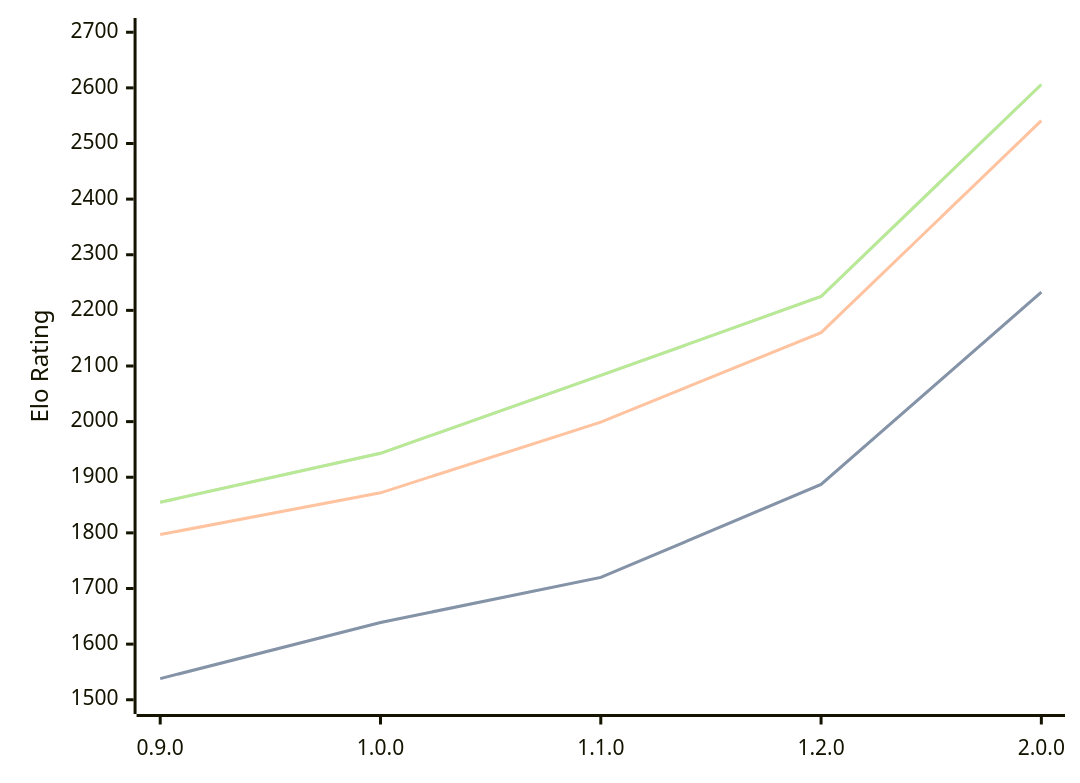
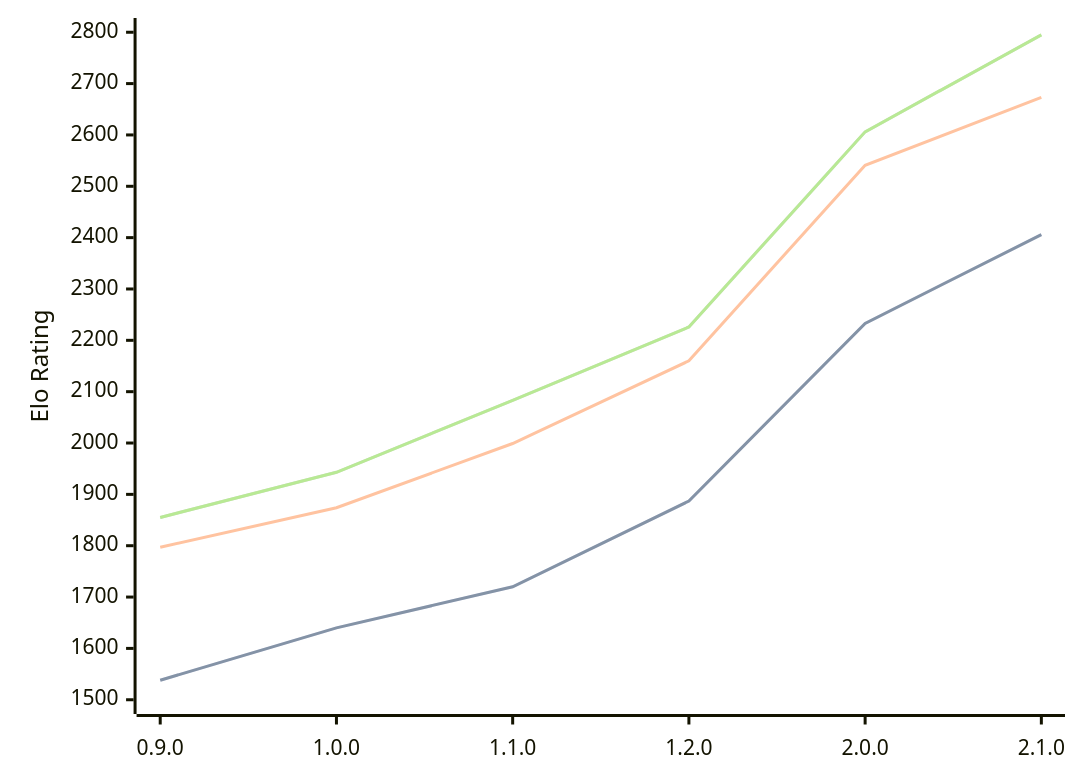
One commit to computer-chess-index/cci changed the third of 3 diagrams in engines/Ratsu.md. Above: the diagram before and after it, drawn with Mermaid. The commit also changed other lines of this file, not shown here.

Commit message:
Update CCI Ratings (ELO VLTC) - 2026-07-02

````diff
--- a/engines/Ratsu.md
+++ b/engines/Ratsu.md
@@ -69,11 +69,11 @@
 ```mermaid
 %%{init: {"theme":"base","themeVariables":{"seriesColors:['#a3a3a3','#222221','#faa371']}}}%%
 xychart-beta
-  x-axis ["0.9.0", "1.0.0", "1.1.0", "1.2.0", "2.0.0"]
-  y-axis "Elo Rating" 1500 --> 2700
-  line "STC (8.0+0.08s)" [1538, 1639, 1720, 1887, 2233]
-  line "STC (8.0+0.08s)" [1538, 1639, 1720, 1887, 2233]
-  line "LTC (60.0+0.60s)" [1797, 1872, 1999, 2160, 2541]
-  line "VLTC (2m24s+1.12s)" [1855, 1943, 2083, 2225, 2606]
-  line "VLTC (2m24s+1.12s)" [1855, 1943, 2083, 2225, 2606]
+  x-axis ["0.9.0", "1.0.0", "1.1.0", "1.2.0", "2.0.0", "2.1.0"]
+  y-axis "Elo Rating" 1500 --> 2800
+  line "STC (8.0+0.08s)" [1538, 1640, 1720, 1887, 2233, 2406]
+  line "STC (8.0+0.08s)" [1538, 1640, 1720, 1887, 2233, 2406]
+  line "LTC (60.0+0.60s)" [1797, 1874, 1999, 2160, 2541, 2673]
+  line "VLTC (2m24s+1.12s)" [1855, 1943, 2083, 2226, 2606, 2795]
+  line "VLTC (2m24s+1.12s)" [1855, 1943, 2083, 2226, 2606, 2795]
 ```
````
